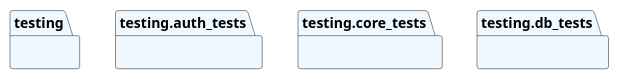
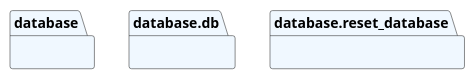
Before and after one commit to Mlliot/onlineStoreTemplate: the diagram in docs/diagrams/system/packages.puml, drawn with PlantUML. The commit also changed 27 other files, not shown here.

```diff
--- a/docs/diagrams/system/packages.puml
+++ b/docs/diagrams/system/packages.puml
@@ -1,11 +1,9 @@
 @startuml packages
 set namespaceSeparator none
-package "testing" as testing #aliceblue {
+package "database" as database #aliceblue {
 }
-package "testing.auth_tests" as testing.auth_tests #aliceblue {
+package "database.db" as database.db #aliceblue {
 }
-package "testing.core_tests" as testing.core_tests #aliceblue {
-}
-package "testing.db_tests" as testing.db_tests #aliceblue {
+package "database.reset_database" as database.reset_database #aliceblue {
 }
 @enduml
```
